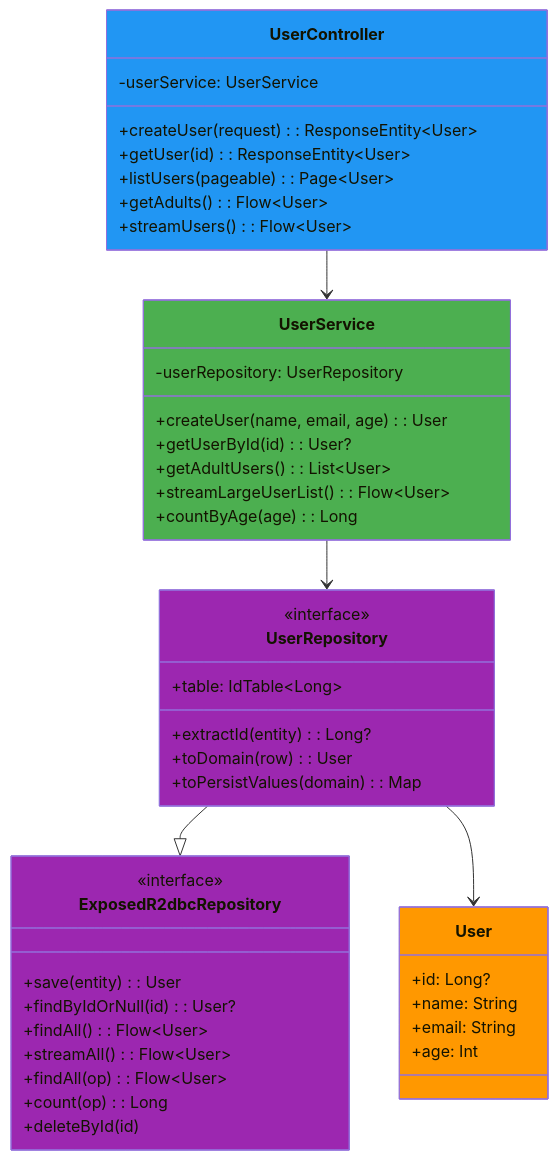
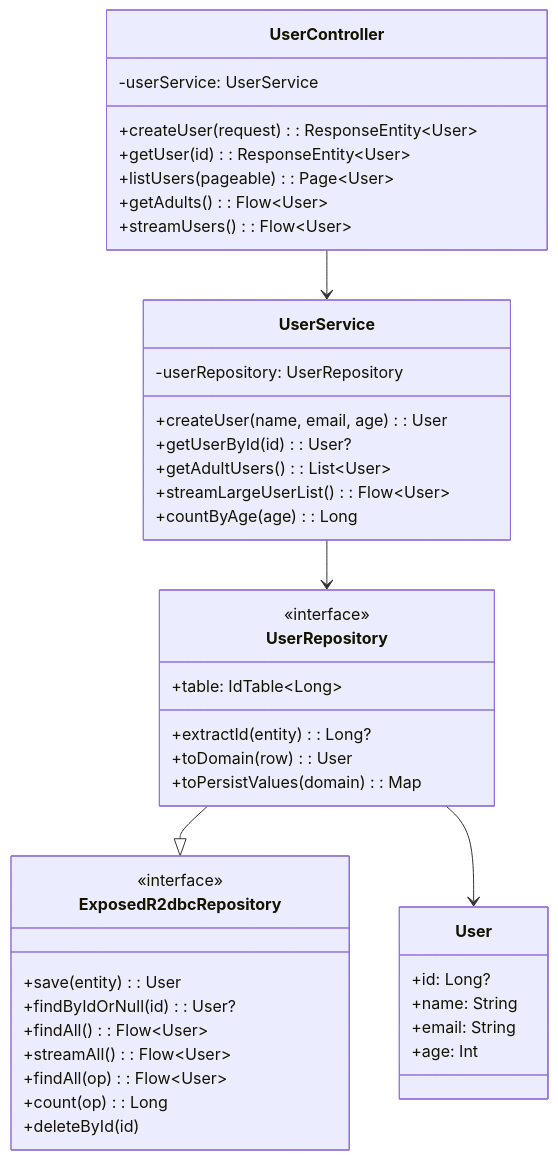
One commit to bluetape4k/bluetape4k-projects changed the first of 2 diagrams in spring-boot3/exposed-r2dbc/README.md. Above: the diagram before and after it, drawn with Mermaid. The commit also changed other lines of this file and 95 other files, not shown here.

First line of the commit message:
docs: Mermaid 파서 오류 전체 수정 (IntelliJ IDEA 호환)

````diff
--- a/spring-boot3/exposed-r2dbc/README.md
+++ b/spring-boot3/exposed-r2dbc/README.md
@@ -9,53 +9,47 @@
 ```mermaid
 classDiagram
-    class UserController:::controllerStyle {
+    class UserController {
         -userService: UserService
         +createUser(request): ResponseEntity~User~
         +getUser(id): ResponseEntity~User~
         +listUsers(pageable): Page~User~
         +getAdults(): Flow~User~
         +streamUsers(): Flow~User~
     }
-    class UserService:::serviceStyle {
+    class UserService {
         -userRepository: UserRepository
         +createUser(name, email, age): User
         +getUserById(id): User?
         +getAdultUsers(): List~User~
         +streamLargeUserList(): Flow~User~
         +countByAge(age): Long
     }
-    class UserRepository:::repoStyle {
+    class UserRepository {
         <<interface>>
         +table: IdTable~Long~
         +extractId(entity): Long?
         +toDomain(row): User
         +toPersistValues(domain): Map
     }
-    class ExposedR2dbcRepository:::repoStyle {
+    class ExposedR2dbcRepository {
         <<interface>>
         +save(entity): User
         +findByIdOrNull(id): User?
         +findAll(): Flow~User~
         +streamAll(): Flow~User~
         +findAll(op): Flow~User~
         +count(op): Long
         +deleteById(id)
     }
-    class User:::entityStyle {
+    class User {
         +id: Long?
         +name: String
         +email: String
         +age: Int
     }
-    classDef controllerStyle fill:#2196F3
-    classDef serviceStyle fill:#4CAF50
-    classDef repoStyle fill:#9C27B0
-    classDef entityStyle fill:#FF9800
-    classDef configStyle fill:#607D8B
-    classDef cacheStyle fill:#F44336
 
     UserController --> UserService
     UserService --> UserRepository
     UserRepository --|> ExposedR2dbcRepository
     UserRepository --> User
 ```
````
